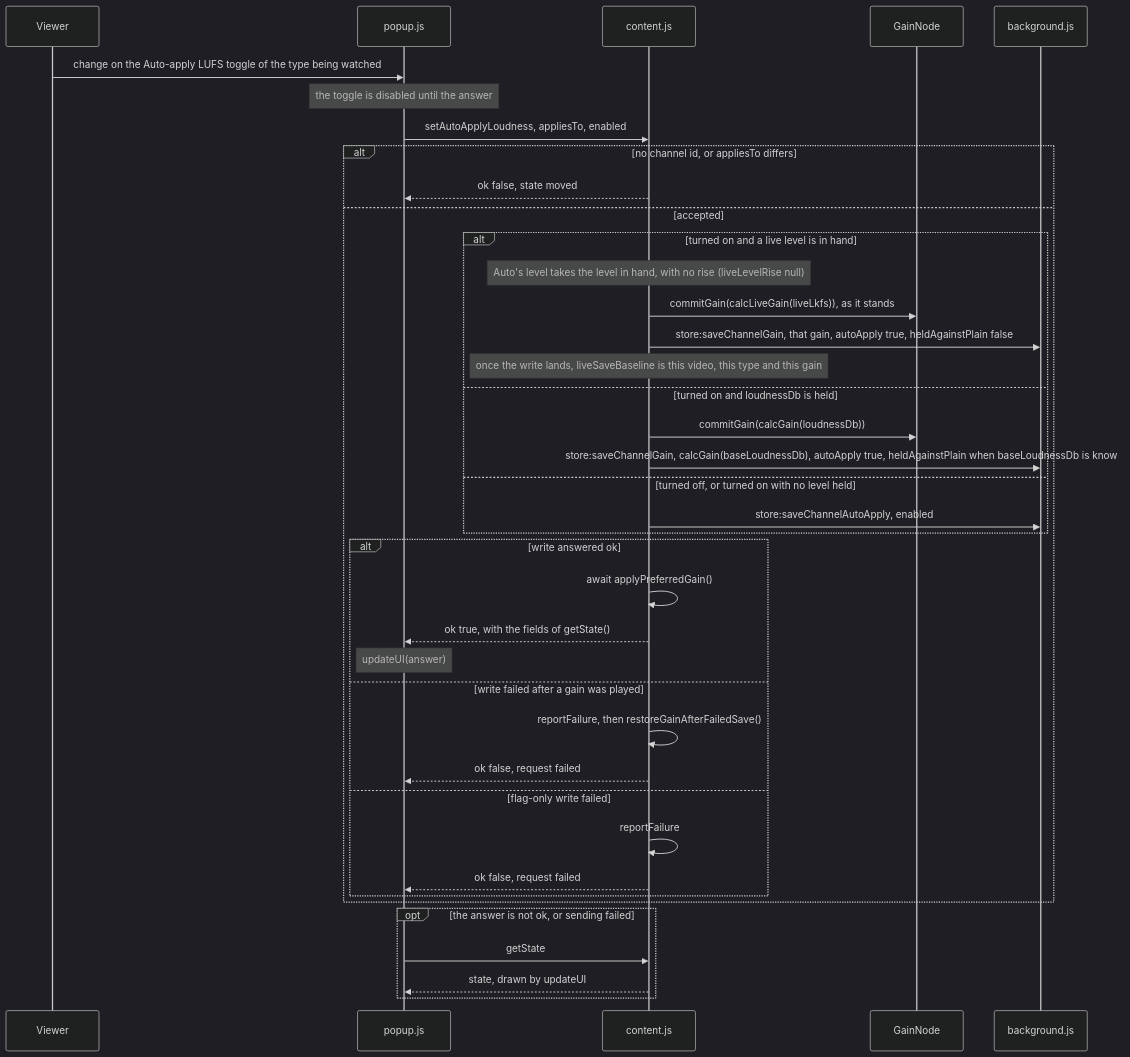
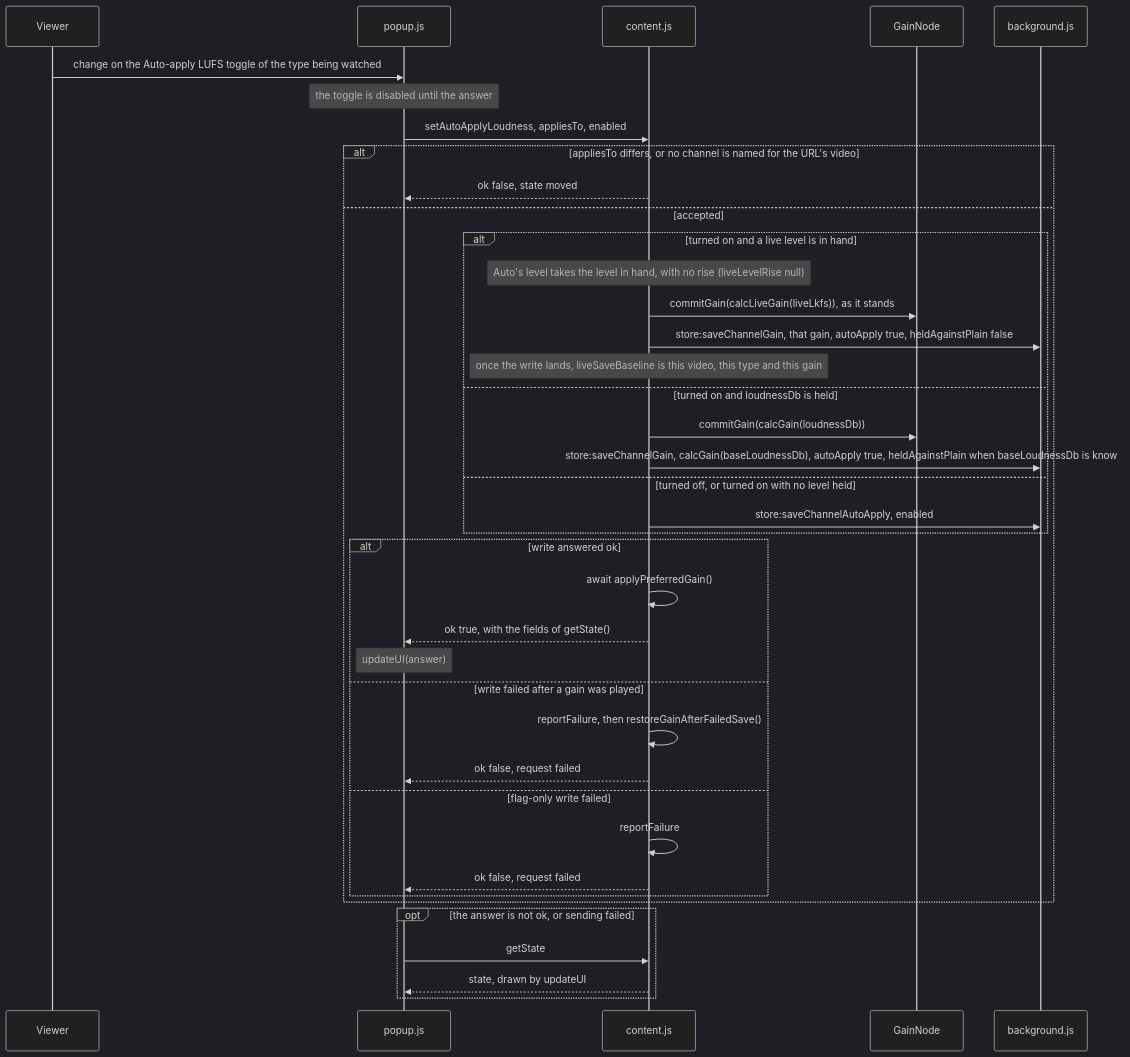
Before and after one commit to semnil/yt-channel-volume: the sixth of 14 diagrams in docs/gain-change-and-save.md, drawn with Mermaid (dark theme). The commit also changed other lines of this file and 5 other files, not shown here.

````diff
--- a/docs/gain-change-and-save.md
+++ b/docs/gain-change-and-save.md
@@ -294,41 +294,41 @@
 ```mermaid
 sequenceDiagram
   participant V as Viewer
   participant P as popup.js
   participant C as content.js
   participant G as GainNode
   participant W as background.js
   V->>P: change on the Auto-apply LUFS toggle of the type being watched
   Note over P: the toggle is disabled until the answer
   P->>C: setAutoApplyLoudness, appliesTo, enabled
-  alt no channel id, or appliesTo differs
+  alt appliesTo differs, or no channel is named for the URL's video
     C-->>P: ok false, state moved
   else accepted
     alt turned on and a live level is in hand
       Note over C: Auto's level takes the level in hand, with no rise (liveLevelRise null)
       C->>G: commitGain(calcLiveGain(liveLkfs)), as it stands
       C->>W: store:saveChannelGain, that gain, autoApply true, heldAgainstPlain false
       Note over C: once the write lands, liveSaveBaseline is this video, this type and this gain
     else turned on and loudnessDb is held
       C->>G: commitGain(calcGain(loudnessDb))
       C->>W: store:saveChannelGain, calcGain(baseLoudnessDb), autoApply true, heldAgainstPlain when baseLoudnessDb is known
     else turned off, or turned on with no level held
       C->>W: store:saveChannelAutoApply, enabled
     end
     alt write answered ok
       C->>C: await applyPreferredGain()
       C-->>P: ok true, with the fields of getState()
       Note over P: updateUI(answer)
     else write failed after a gain was played
       C->>C: reportFailure, then restoreGainAfterFailedSave()
       C-->>P: ok false, request failed
     else flag-only write failed
       C->>C: reportFailure
       C-->>P: ok false, request failed
     end
   end
   opt the answer is not ok, or sending failed
     P->>C: getState
     C-->>P: state, drawn by updateUI
   end
 ```
````
